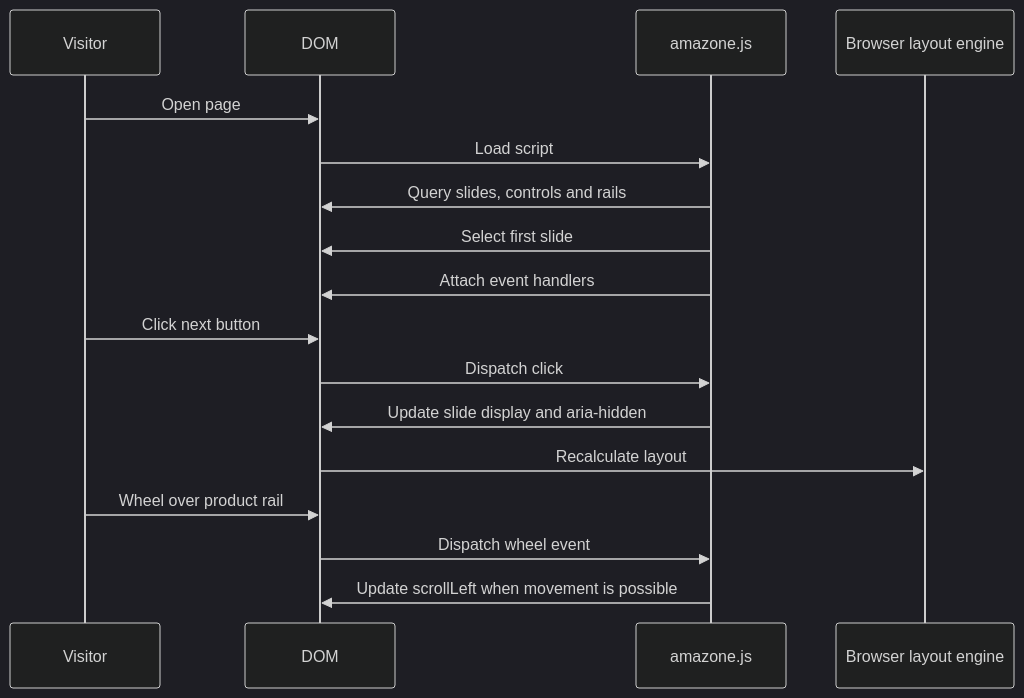
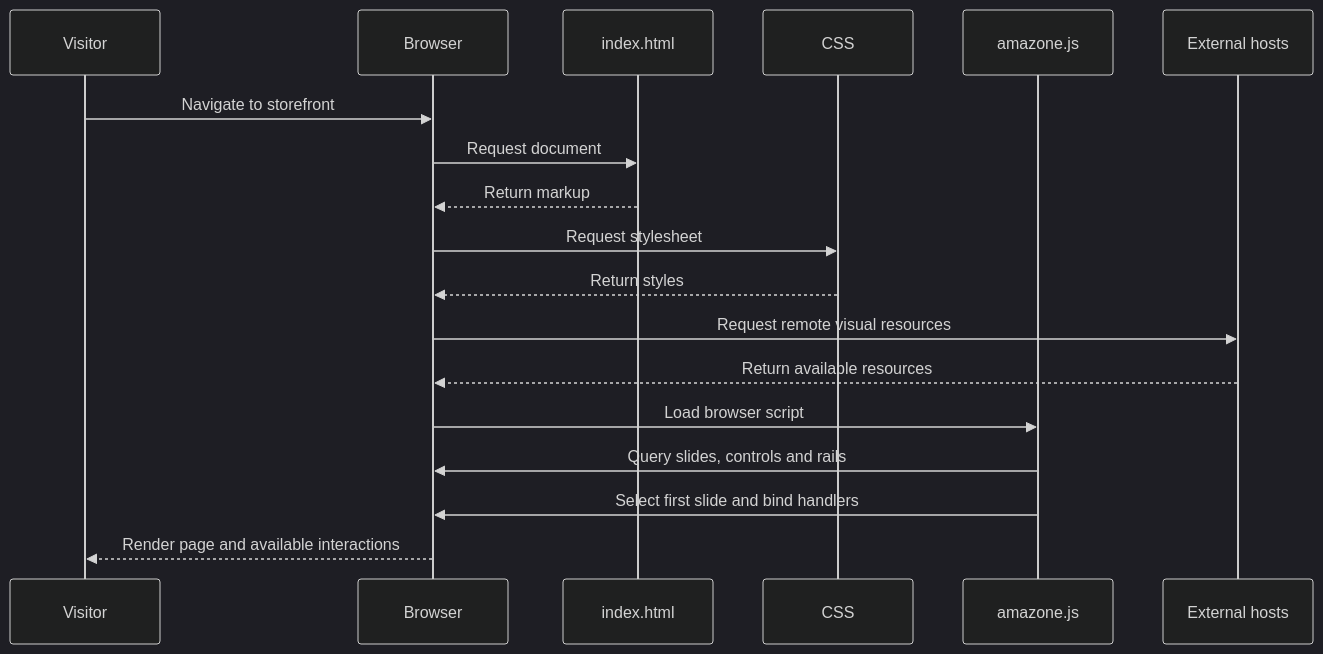
Before and after one commit to Brajesh31/Amazon_Clone: the second of 2 diagrams in docs/data-flow.md, drawn with Mermaid (dark theme). The commit also changed other lines of this file, not shown here.

Commit message:
docs: deepen docs/data-flow.md

````diff
--- a/docs/data-flow.md
+++ b/docs/data-flow.md
@@ -37,20 +38,21 @@
 ```mermaid
 sequenceDiagram
-    participant U as Visitor
-    participant D as DOM
+    participant V as Visitor
+    participant B as Browser
+    participant H as index.html
+    participant C as CSS
     participant J as amazone.js
-    participant B as Browser layout engine
+    participant X as External hosts
 
-    U->>D: Open page
-    D->>J: Load script
-    J->>D: Query slides, controls and rails
-    J->>D: Select first slide
-    J->>D: Attach event handlers
-    U->>D: Click next button
-    D->>J: Dispatch click
-    J->>D: Update slide display and aria-hidden
-    D->>B: Recalculate layout
-    U->>D: Wheel over product rail
-    D->>J: Dispatch wheel event
-    J->>D: Update scrollLeft when movement is possible
+    V->>B: Navigate to storefront
+    B->>H: Request document
+    H-->>B: Return markup
+    B->>C: Request stylesheet
+    C-->>B: Return styles
+    B->>X: Request remote visual resources
+    X-->>B: Return available resources
+    B->>J: Load browser script
+    J->>B: Query slides, controls and rails
+    J->>B: Select first slide and bind handlers
+    B-->>V: Render page and available interactions
 ```
````
